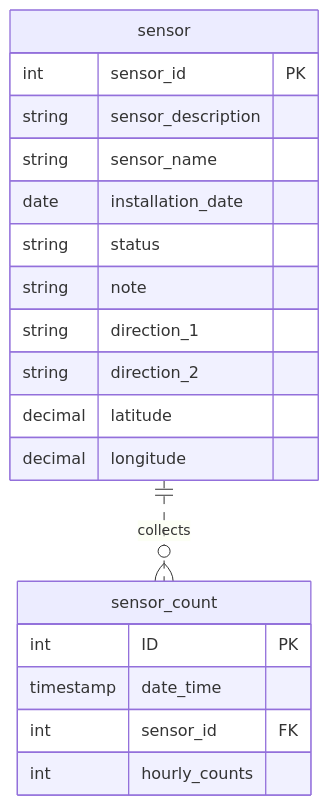
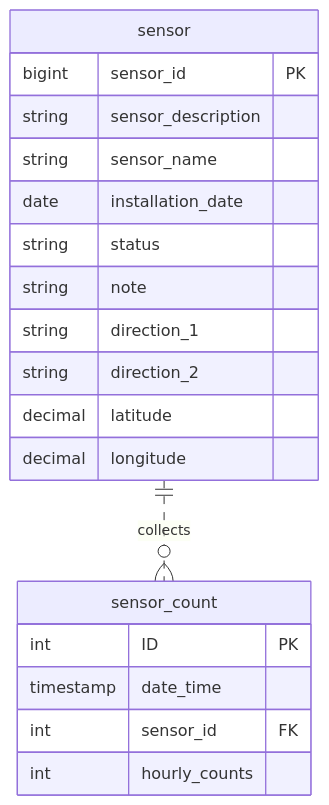
One commit to zan73/mel_aus_pedestrian_sensor changed the diagram in README.md. Above: the diagram before and after it, drawn with Mermaid. The commit also changed other lines of this file, not shown here.

````diff
--- a/README.md
+++ b/README.md
@@ -108,23 +126,23 @@
 ```mermaid
 erDiagram
     sensor ||..o{ sensor_count : collects
       sensor {
-        int sensor_id PK
+        bigint sensor_id PK
         string sensor_description
         string sensor_name
 	date installation_date
 	string status
 	string note
 	string direction_1
 	string direction_2
 	decimal latitude
 	decimal longitude
     }
     sensor_count {
         int ID PK
         timestamp date_time
         int sensor_id FK
 	int hourly_counts
     }
     
 ```
````
